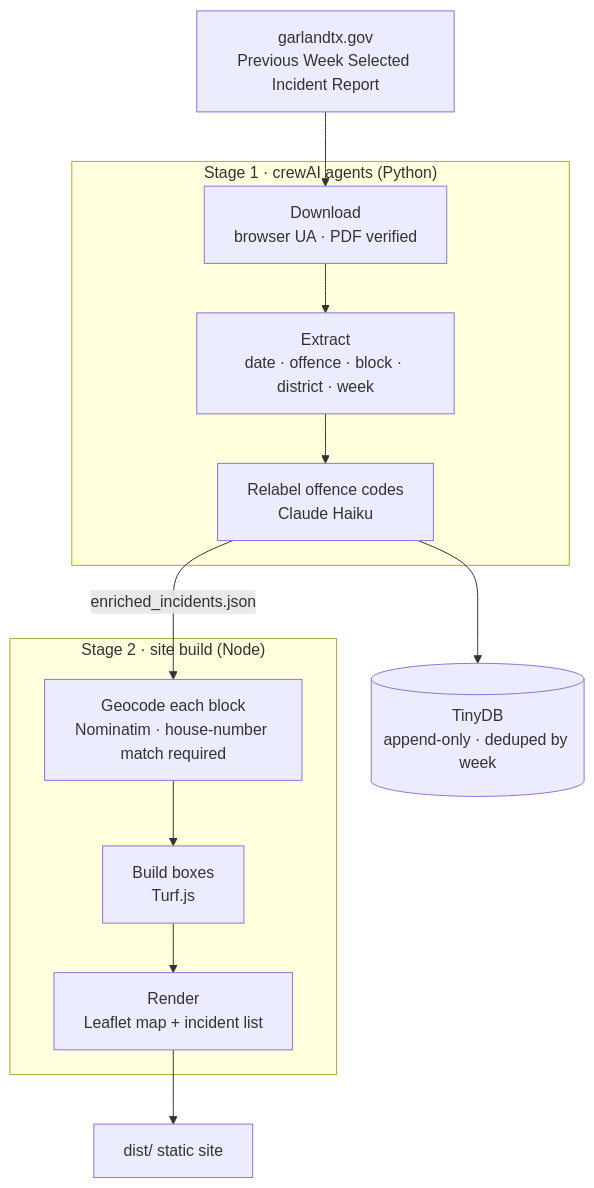
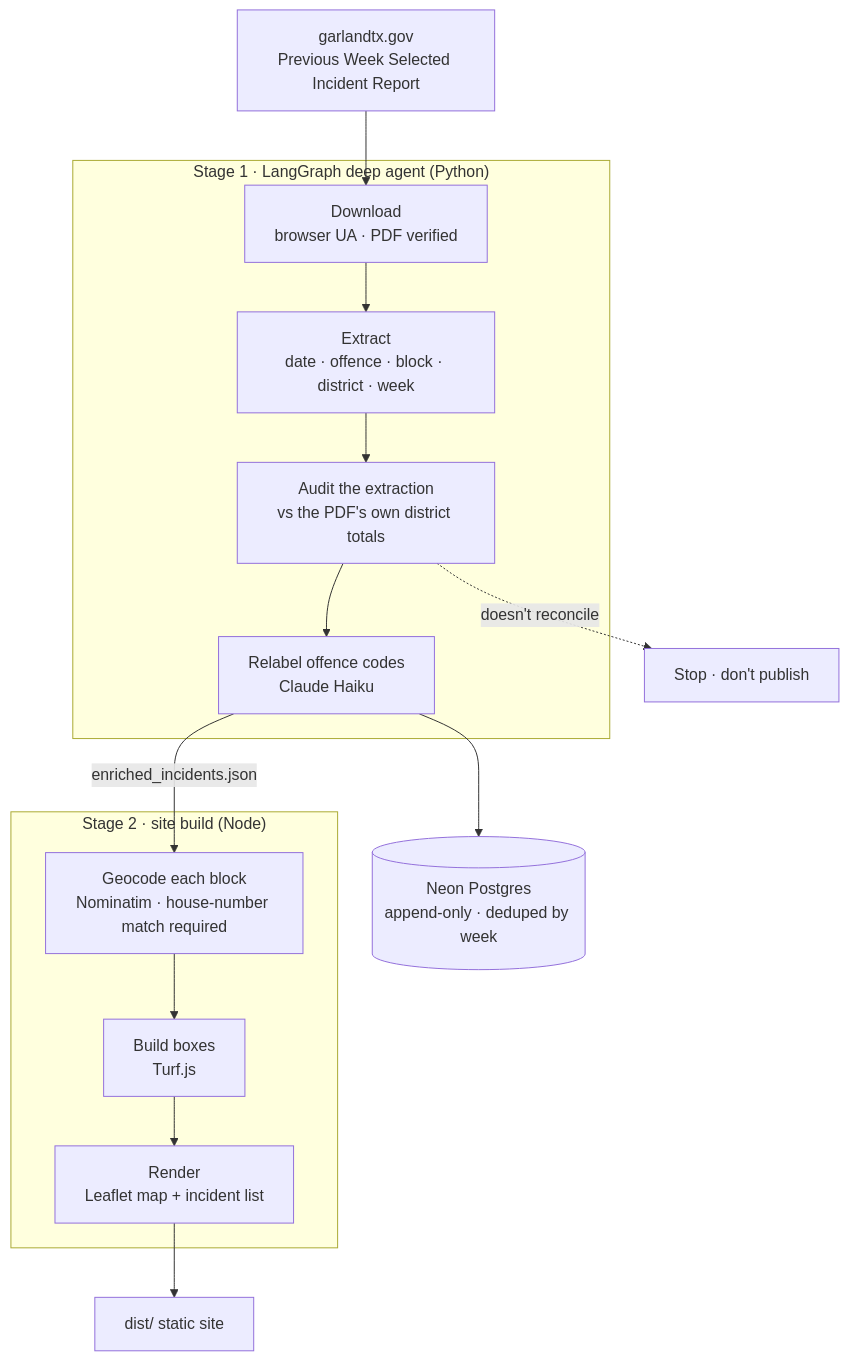
One commit to caleblawrence/garland-tx-police-activity changed the diagram in README.md. Above: the diagram before and after it, drawn with Mermaid. The commit also changed other lines of this file and 30 other files, not shown here.

First line of the commit message:
Rebuild stage 1 as a LangGraph deep agent on Postgres

````diff
--- a/README.md
+++ b/README.md
@@ -89,23 +89,25 @@
 ```mermaid
 flowchart TD
     PDF["garlandtx.gov<br/>Previous Week Selected Incident Report"]
 
-    subgraph crew["Stage 1 · crewAI agents (Python)"]
+    subgraph crew["Stage 1 · LangGraph deep agent (Python)"]
         DL["Download<br/>browser UA · PDF verified"]
         EX["Extract<br/>date · offence · block · district · week"]
+        AU["Audit the extraction<br/>vs the PDF's own district totals"]
         LB["Relabel offence codes<br/>Claude Haiku"]
     end
 
     subgraph build["Stage 2 · site build (Node)"]
         GC["Geocode each block<br/>Nominatim · house-number match required"]
         BX["Build boxes<br/>Turf.js"]
         RN["Render<br/>Leaflet map + incident list"]
     end
 
-    DB[("TinyDB<br/>append-only · deduped by week")]
+    DB[("Neon Postgres<br/>append-only · deduped by week")]
     OUT["dist/ static site"]
 
-    PDF --> DL --> EX --> LB
+    PDF --> DL --> EX --> AU --> LB
+    AU -.->|"doesn't reconcile"| STOP["Stop · don't publish"]
     LB --> DB
     LB -->|"enriched_incidents.json"| GC --> BX --> RN --> OUT
 ```
````
